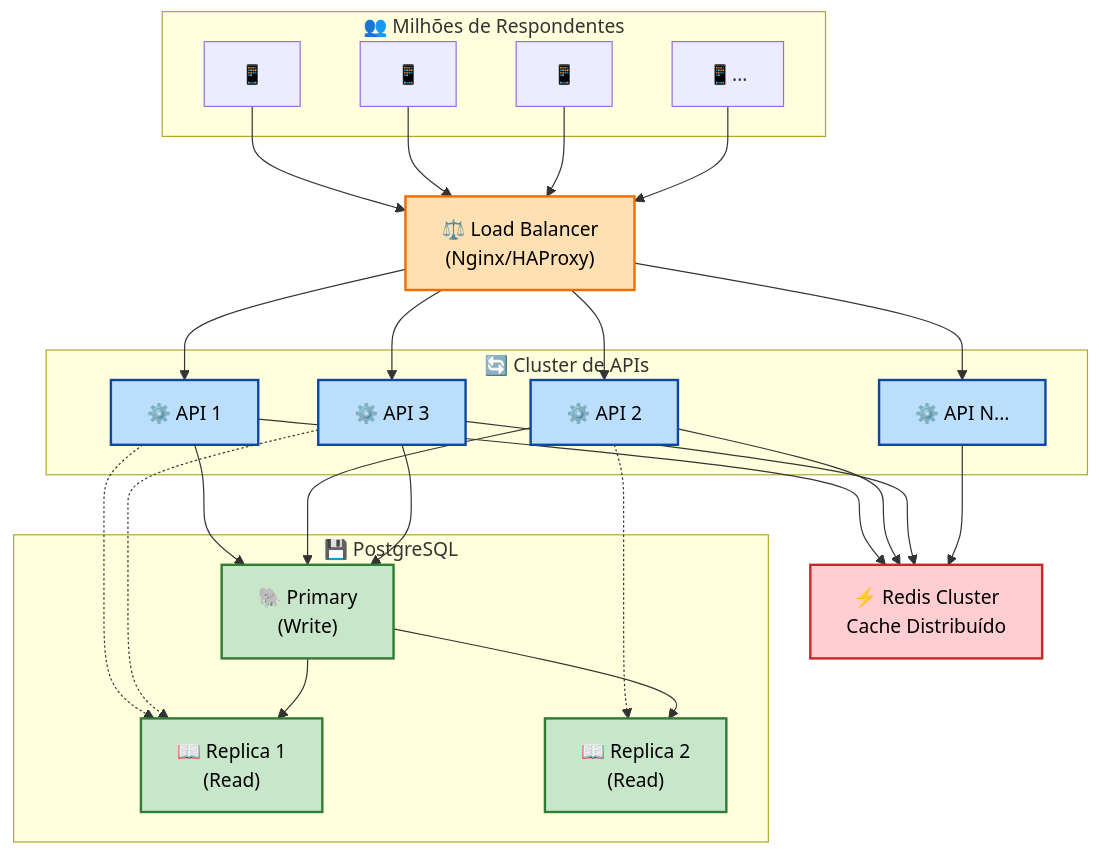
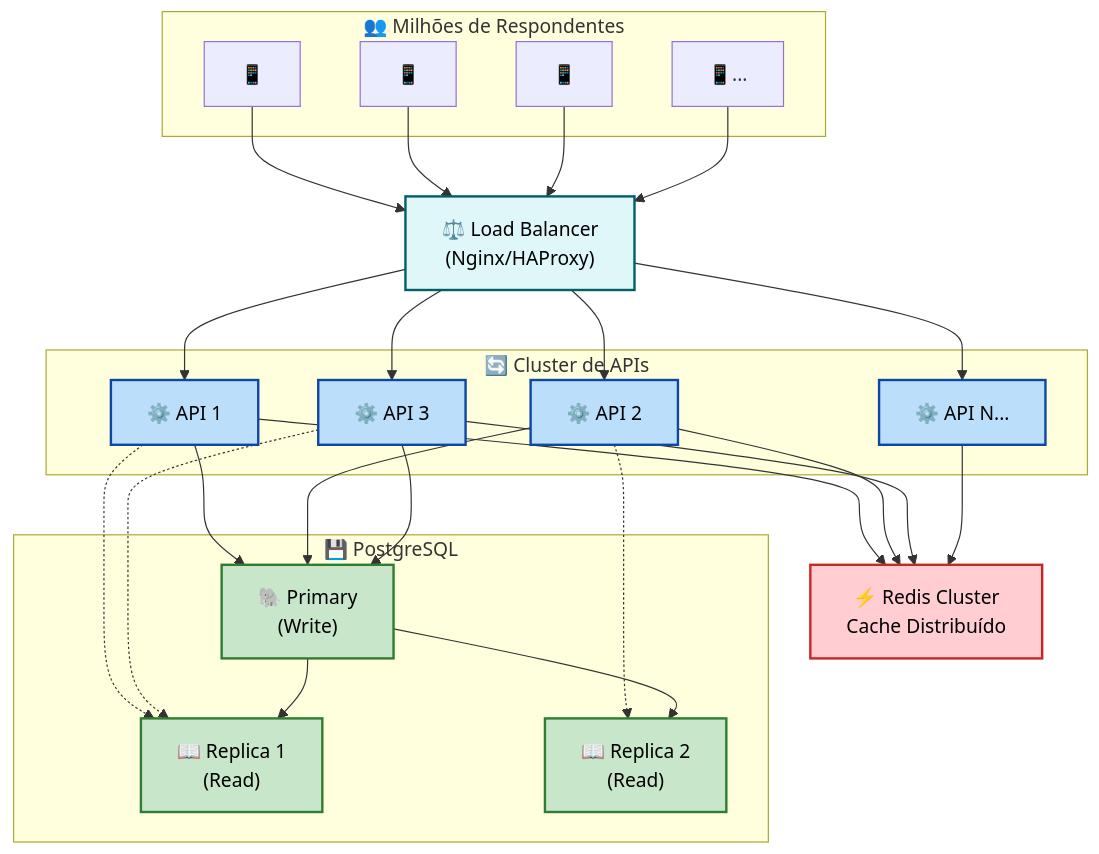
Before and after one commit to gabrigabs/public-polls-app: the second of 10 diagrams in docs/05-escalabilidade.md, drawn with Mermaid. The commit also changed other lines of this file and 3 other files, not shown here.

Commit message:
docs: fix diagram colors for better dark mode visibility (cyan/white high contrast)

````diff
--- a/docs/05-escalabilidade.md
+++ b/docs/05-escalabilidade.md
@@ -32,63 +32,63 @@
 ```mermaid
 graph TB
     subgraph clients["👥 Milhões de Respondentes"]
         C1["📱"]
         C2["📱"]
         C3["📱"]
         CN["📱..."]
     end
 
     LB["⚖️ Load Balancer<br/>(Nginx/HAProxy)"]
 
     subgraph api_cluster["🔄 Cluster de APIs"]
         API1["⚙️ API 1"]
         API2["⚙️ API 2"]
         API3["⚙️ API 3"]
         APIN["⚙️ API N..."]
     end
 
     REDIS["⚡ Redis Cluster<br/>Cache Distribuído"]
 
     subgraph db_cluster["💾 PostgreSQL"]
         PRIMARY["🐘 Primary<br/>(Write)"]
         REPLICA1["📖 Replica 1<br/>(Read)"]
         REPLICA2["📖 Replica 2<br/>(Read)"]
     end
 
     C1 --> LB
     C2 --> LB
     C3 --> LB
     CN --> LB
 
     LB --> API1
     LB --> API2
     LB --> API3
     LB --> APIN
 
     API1 --> REDIS
     API2 --> REDIS
     API3 --> REDIS
     APIN --> REDIS
 
     API1 --> PRIMARY
     API2 --> PRIMARY
     API3 --> PRIMARY
 
     API1 -.-> REPLICA1
     API2 -.-> REPLICA2
     API3 -.-> REPLICA1
 
     PRIMARY --> REPLICA1
     PRIMARY --> REPLICA2
 
     %% Styling
-    classDef lb fill:#ffe0b2,stroke:#ef6c00,color:#000,stroke-width:2px;
+    classDef lb fill:#e0f7fa,stroke:#006064,color:#000,stroke-width:2px;
     classDef api fill:#bbdefb,stroke:#0d47a1,color:#000,stroke-width:2px;
     classDef redis fill:#ffcdd2,stroke:#c62828,color:#000,stroke-width:2px;
     classDef db fill:#c8e6c9,stroke:#2e7d32,color:#000,stroke-width:2px;
 
     class LB lb;
     class API1,API2,API3,APIN api;
     class REDIS redis;
     class PRIMARY,REPLICA1,REPLICA2 db;
 ```
````
